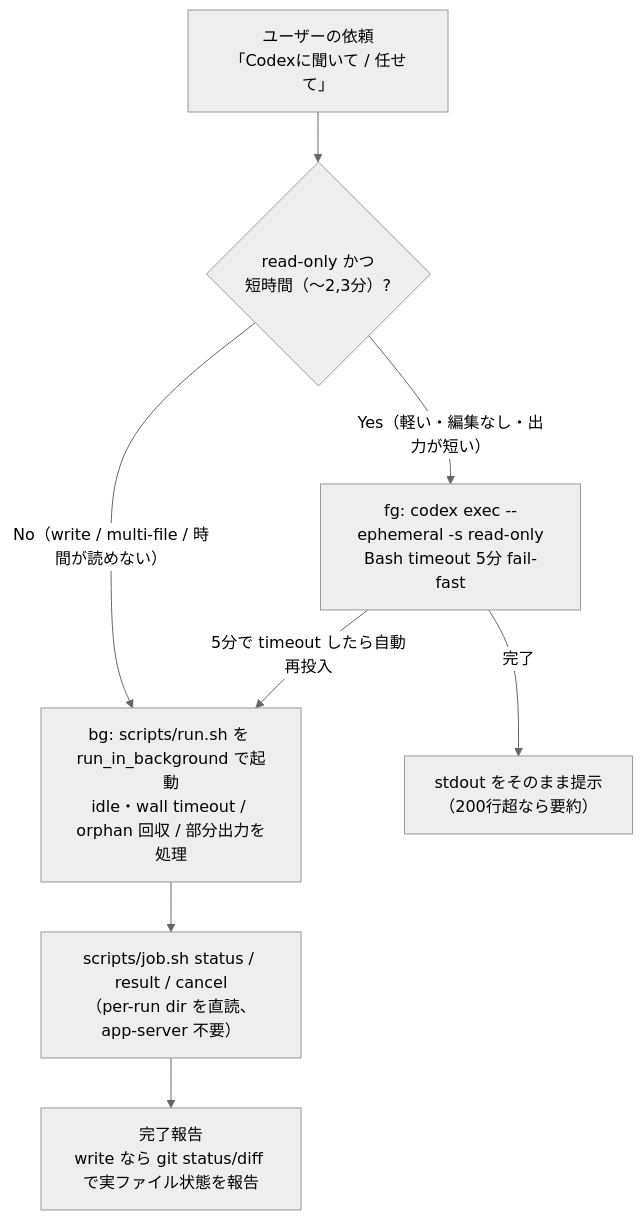
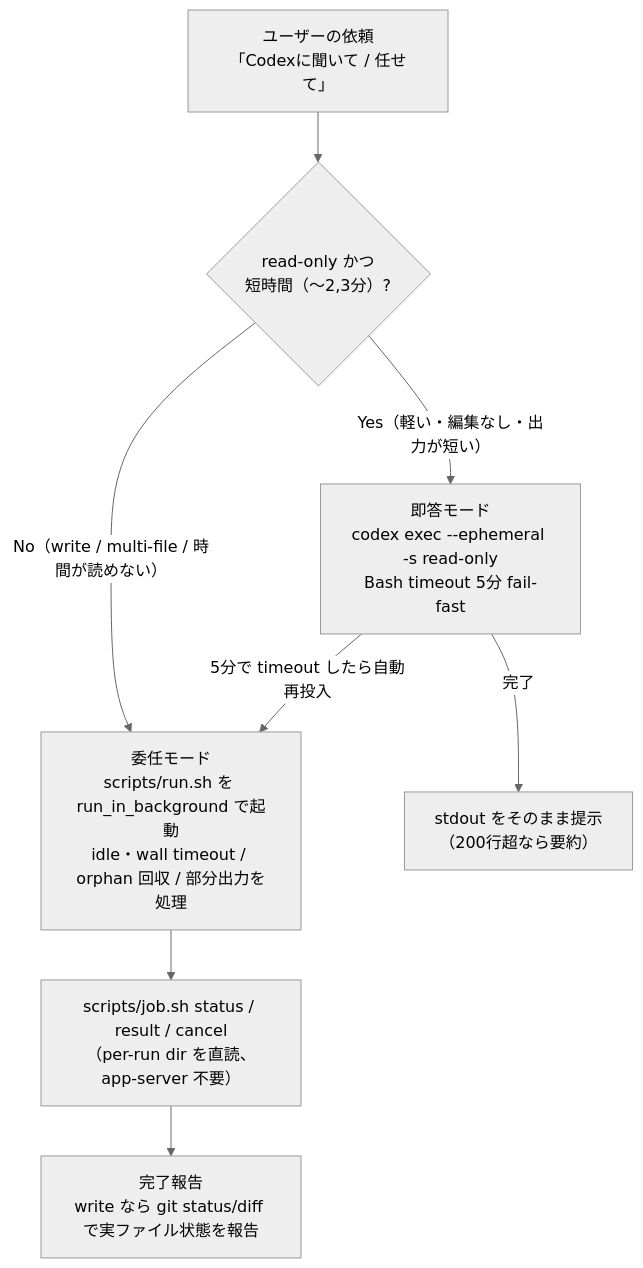
Before and after one commit to ist-j-ichikawa/skills: the diagram in skills/codex/README.md, drawn with Mermaid (neutral theme). The commit also changed other lines of this file and 3 other files, not shown here.

````diff
--- a/skills/codex/README.md
+++ b/skills/codex/README.md
@@ -17,12 +19,12 @@
 ```mermaid
 flowchart TD
     Q["ユーザーの依頼<br/>「Codexに聞いて / 任せて」"]
     R{"read-only かつ<br/>短時間（〜2,3分）?"}
     Q --> R
-    R -->|"Yes（軽い・編集なし・出力が短い）"| FG["fg: codex exec --ephemeral -s read-only<br/>Bash timeout 5分 fail-fast"]
-    R -->|"No（write / multi-file / 時間が読めない）"| BG["bg: scripts/run.sh を run_in_background で起動<br/>idle・wall timeout / orphan 回収 / 部分出力を処理"]
+    R -->|"Yes（軽い・編集なし・出力が短い）"| FG["即答モード<br/>codex exec --ephemeral -s read-only<br/>Bash timeout 5分 fail-fast"]
+    R -->|"No（write / multi-file / 時間が読めない）"| BG["委任モード<br/>scripts/run.sh を run_in_background で起動<br/>idle・wall timeout / orphan 回収 / 部分出力を処理"]
     FG -->|"5分で timeout したら自動再投入"| BG
     FG -->|"完了"| OUT["stdout をそのまま提示<br/>（200行超なら要約）"]
     BG --> JOB["scripts/job.sh status / result / cancel<br/>（per-run dir を直読、app-server 不要）"]
     JOB --> REP["完了報告<br/>write なら git status/diff で実ファイル状態を報告"]
 ```
````
